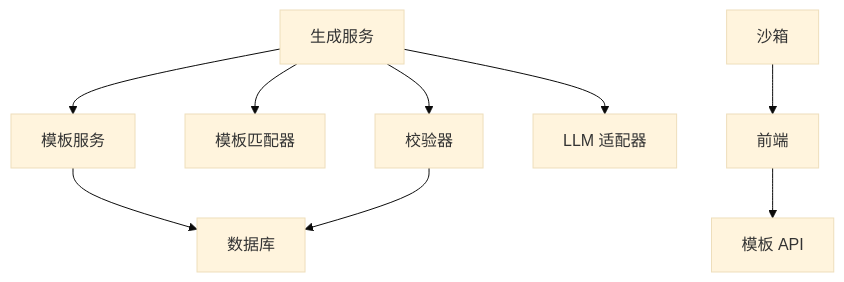
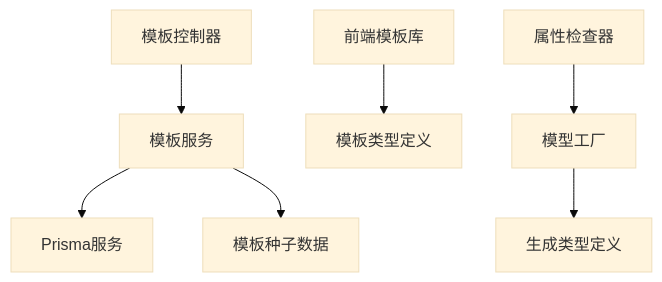
One commit to MrXujiang/ApexForge changed the eighth of 8 diagrams in .qoder/repowiki/zh/content/核心功能模块/模板系统与参数化.md. Above: the diagram before and after it, drawn with Mermaid (base theme). The commit also changed other lines of this file and 84 other files, not shown here.

````diff
--- a/.qoder/repowiki/zh/content/核心功能模块/模板系统与参数化.md
+++ b/.qoder/repowiki/zh/content/核心功能模块/模板系统与参数化.md
@@ -286,11 +288,9 @@
 ```mermaid
 graph TB
-GEN["生成服务"] --> TPL["模板服务"]
-GEN --> MATCH["模板匹配器"]
-GEN --> VAL["校验器"]
-GEN --> LLM["LLM 适配器"]
-TPL --> DB["数据库"]
-VAL --> DB
-SANDBOX["沙箱"] --> FE["前端"]
-FE --> TPL_API["模板 API"]
+TemplatesController["模板控制器"] --> TemplatesService["模板服务"]
+TemplatesService --> PrismaService["Prisma服务"]
+TemplatesService --> TemplateSeed["模板种子数据"]
+TemplateLibrary["前端模板库"] --> TemplateTypes["模板类型定义"]
+ModelFactory["模型工厂"] --> GenerationTypes["生成类型定义"]
+PropertyInspector["属性检查器"] --> ModelFactory
 ```
````
